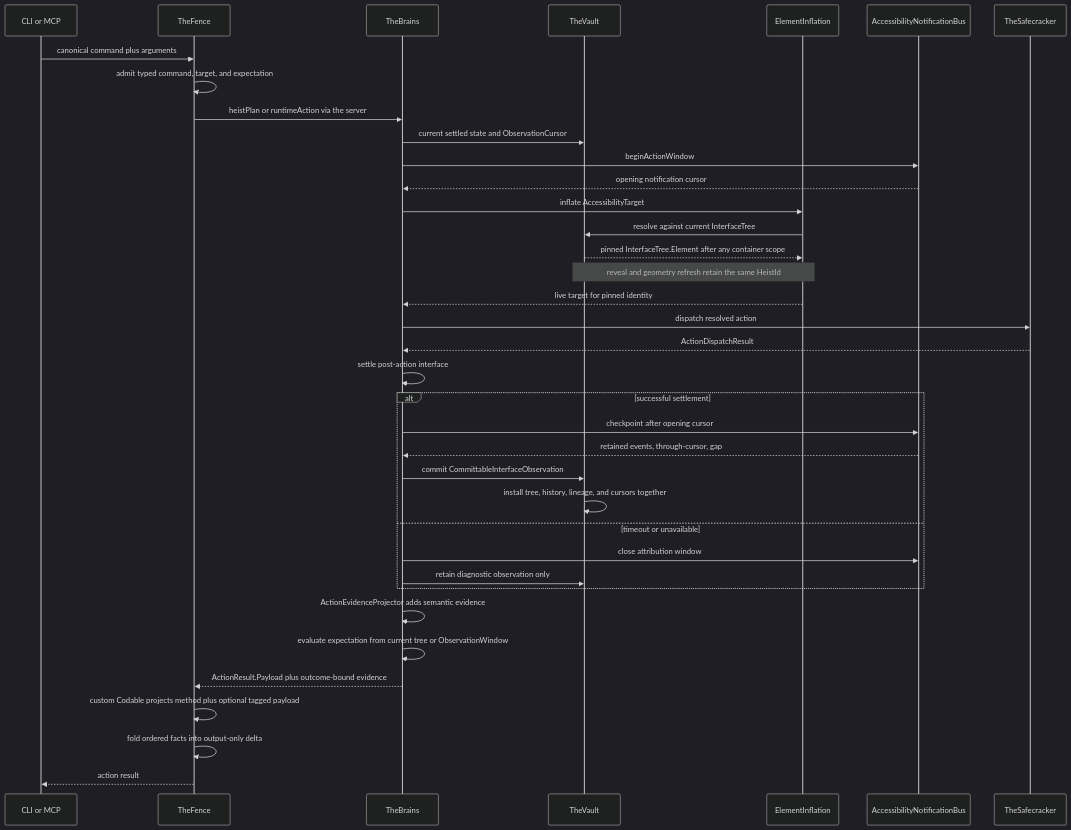
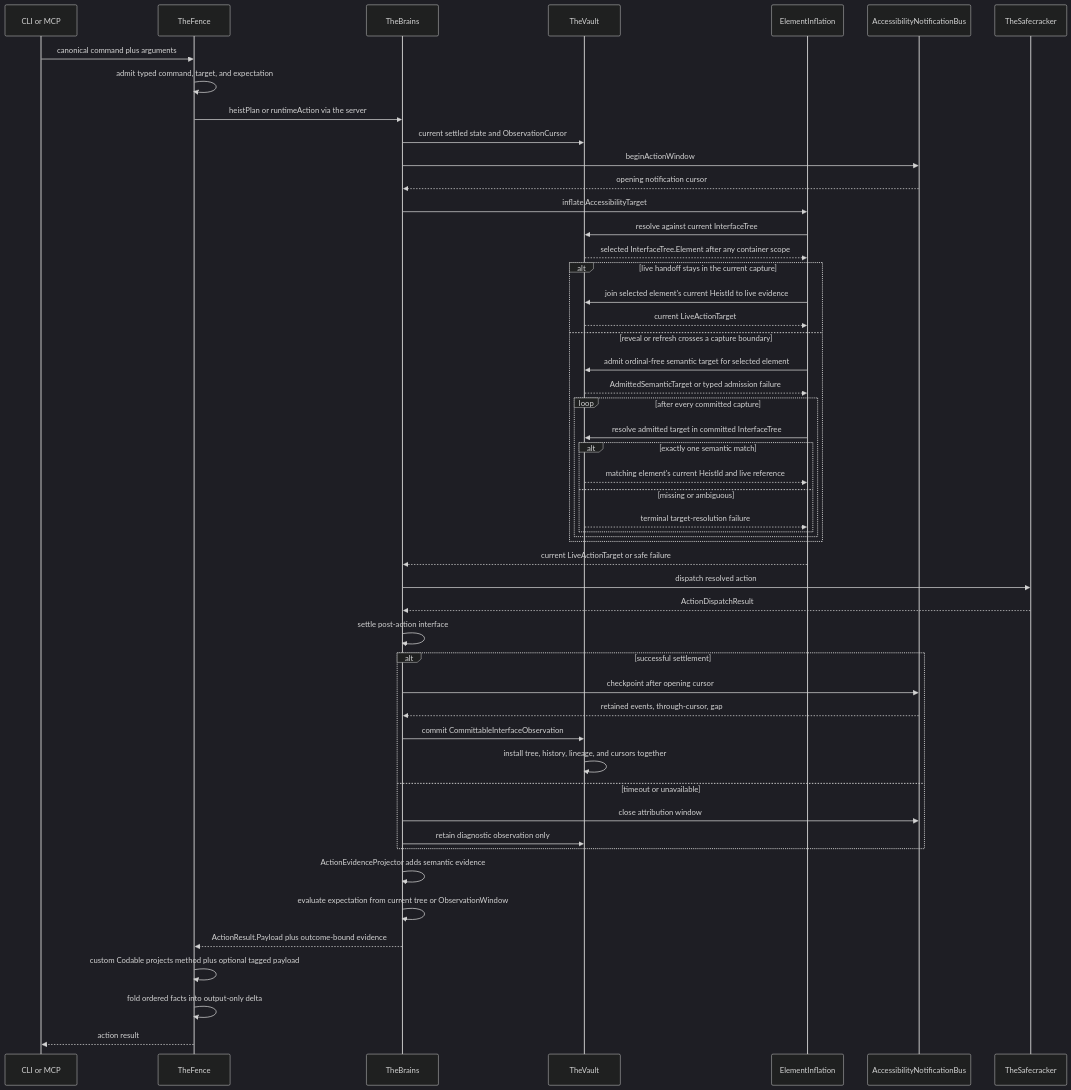
One commit to RoyalPineapple/TheButtonHeist changed the diagram in docs/diagrams/action-pipeline.md. Above: the diagram before and after it, drawn with Mermaid (dark theme). The commit also changed other lines of this file and 58 other files, not shown here.

First line of the commit message:
Complete the #1373 architecture audit follow-ups (#1375)

````diff
--- a/docs/diagrams/action-pipeline.md
+++ b/docs/diagrams/action-pipeline.md
@@ -10,44 +10,58 @@
 ```mermaid
 sequenceDiagram
     participant Client as CLI or MCP
     participant Fence as TheFence
     participant Brains as TheBrains
     participant Vault as TheVault
     participant Inflation as ElementInflation
     participant Notifications as AccessibilityNotificationBus
     participant Safecracker as TheSafecracker
 
     Client->>Fence: canonical command plus arguments
     Fence->>Fence: admit typed command, target, and expectation
     Fence->>Brains: heistPlan or runtimeAction via the server
     Brains->>Vault: current settled state and ObservationCursor
     Brains->>Notifications: beginActionWindow
     Notifications-->>Brains: opening notification cursor
 
     Brains->>Inflation: inflate AccessibilityTarget
     Inflation->>Vault: resolve against current InterfaceTree
-    Vault-->>Inflation: pinned InterfaceTree.Element after any container scope
-    Note over Inflation,Vault: reveal and geometry refresh retain the same HeistId
-    Inflation-->>Brains: live target for pinned identity
+    Vault-->>Inflation: selected InterfaceTree.Element after any container scope
+    alt live handoff stays in the current capture
+        Inflation->>Vault: join selected element's current HeistId to live evidence
+        Vault-->>Inflation: current LiveActionTarget
+    else reveal or refresh crosses a capture boundary
+        Inflation->>Vault: admit ordinal-free semantic target for selected element
+        Vault-->>Inflation: AdmittedSemanticTarget or typed admission failure
+        loop after every committed capture
+            Inflation->>Vault: resolve admitted target in committed InterfaceTree
+            alt exactly one semantic match
+                Vault-->>Inflation: matching element's current HeistId and live reference
+            else missing or ambiguous
+                Vault-->>Inflation: terminal target-resolution failure
+            end
+        end
+    end
+    Inflation-->>Brains: current LiveActionTarget or safe failure
 
     Brains->>Safecracker: dispatch resolved action
     Safecracker-->>Brains: ActionDispatchResult
     Brains->>Brains: settle post-action interface
 
     alt successful settlement
         Brains->>Notifications: checkpoint after opening cursor
         Notifications-->>Brains: retained events, through-cursor, gap
         Brains->>Vault: commit CommittableInterfaceObservation
         Vault->>Vault: install tree, history, lineage, and cursors together
     else timeout or unavailable
         Brains->>Notifications: close attribution window
         Brains->>Vault: retain diagnostic observation only
     end
 
     Brains->>Brains: ActionEvidenceProjector adds semantic evidence
     Brains->>Brains: evaluate expectation from current tree or ObservationWindow
     Brains-->>Fence: ActionResult.Payload plus outcome-bound evidence
     Fence->>Fence: custom Codable projects method plus optional tagged payload
     Fence->>Fence: fold ordered facts into output-only delta
     Fence-->>Client: action result
 ```
````
